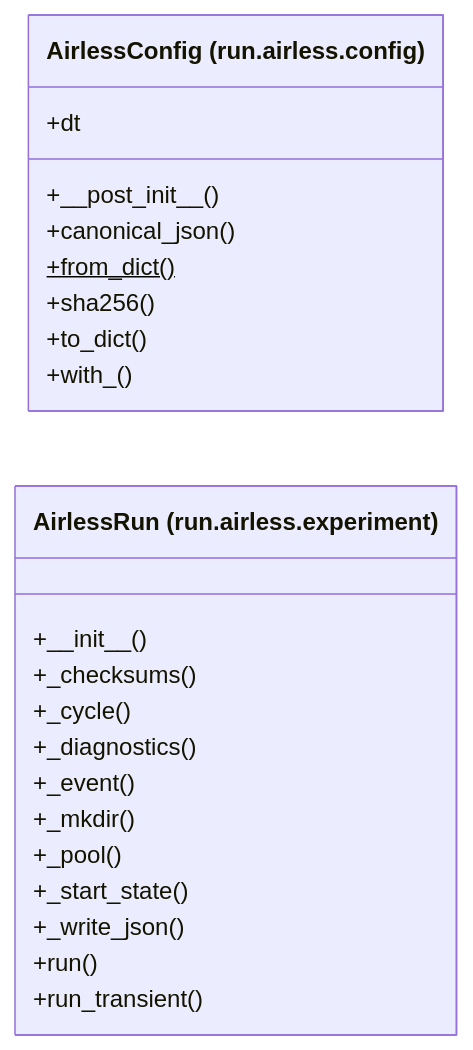
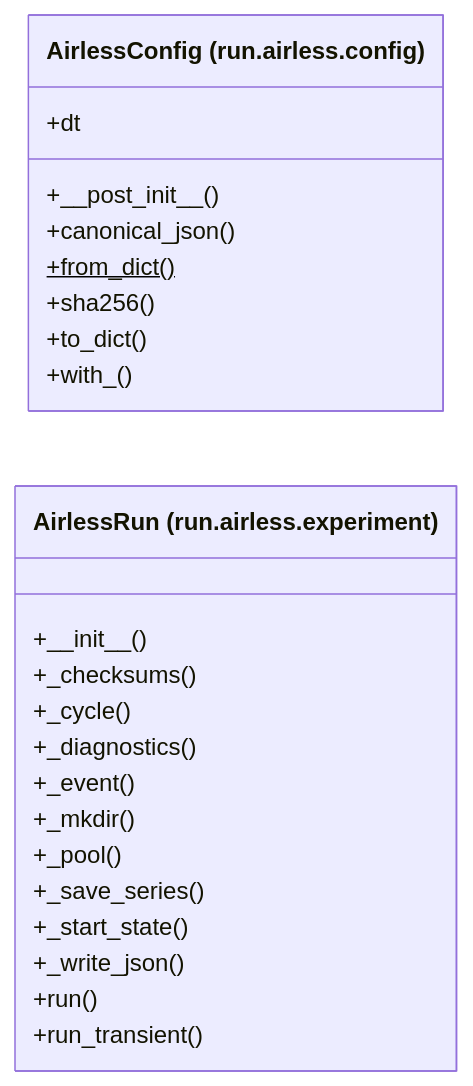
One commit to AlexandreEros/Palintropos changed the second of 2 diagrams in docs/architecture/current/packages/tropoi.run.airless.md. Above: the diagram before and after it, drawn with Mermaid. The commit also changed other lines of this file and 14 other files, not shown here.

````diff
--- a/docs/architecture/current/packages/tropoi.run.airless.md
+++ b/docs/architecture/current/packages/tropoi.run.airless.md
@@ -47,26 +47,27 @@
 ```mermaid
 %% Generated by tools.architecture 2.3.0. Do not edit by hand.
 %% Classes of tropoi.run.airless
 classDiagram
     direction LR
     class c_tropoi_orun_oairless_oconfig_oAirlessConfig["AirlessConfig (run.airless.config)"]
     c_tropoi_orun_oairless_oconfig_oAirlessConfig : +#95;#95;post#95;init#95;#95;()
     c_tropoi_orun_oairless_oconfig_oAirlessConfig : +canonical#95;json()
     c_tropoi_orun_oairless_oconfig_oAirlessConfig : +dt
     c_tropoi_orun_oairless_oconfig_oAirlessConfig : +from#95;dict()$
     c_tropoi_orun_oairless_oconfig_oAirlessConfig : +sha256()
     c_tropoi_orun_oairless_oconfig_oAirlessConfig : +to#95;dict()
     c_tropoi_orun_oairless_oconfig_oAirlessConfig : +with#95;()
     class c_tropoi_orun_oairless_oexperiment_oAirlessRun["AirlessRun (run.airless.experiment)"]
     c_tropoi_orun_oairless_oexperiment_oAirlessRun : +#95;#95;init#95;#95;()
     c_tropoi_orun_oairless_oexperiment_oAirlessRun : +#95;checksums()
     c_tropoi_orun_oairless_oexperiment_oAirlessRun : +#95;cycle()
     c_tropoi_orun_oairless_oexperiment_oAirlessRun : +#95;diagnostics()
     c_tropoi_orun_oairless_oexperiment_oAirlessRun : +#95;event()
     c_tropoi_orun_oairless_oexperiment_oAirlessRun : +#95;mkdir()
     c_tropoi_orun_oairless_oexperiment_oAirlessRun : +#95;pool()
+    c_tropoi_orun_oairless_oexperiment_oAirlessRun : +#95;save#95;series()
     c_tropoi_orun_oairless_oexperiment_oAirlessRun : +#95;start#95;state()
     c_tropoi_orun_oairless_oexperiment_oAirlessRun : +#95;write#95;json()
     c_tropoi_orun_oairless_oexperiment_oAirlessRun : +run()
     c_tropoi_orun_oairless_oexperiment_oAirlessRun : +run#95;transient()
 ```
````
